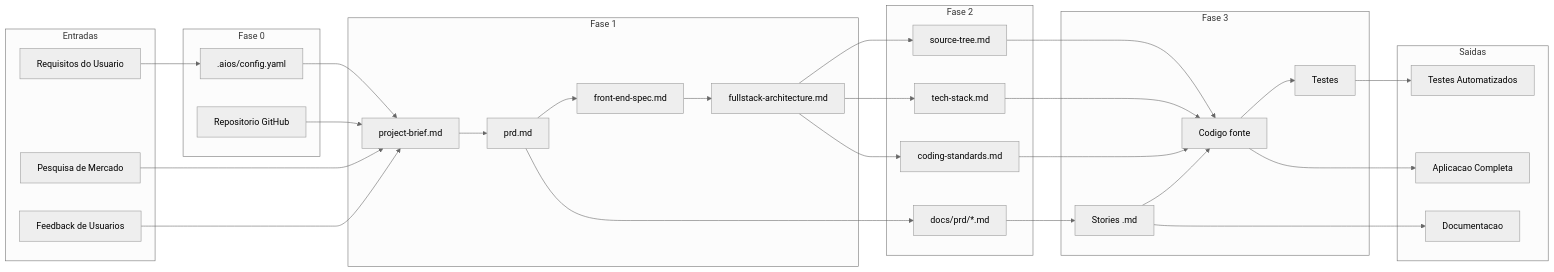
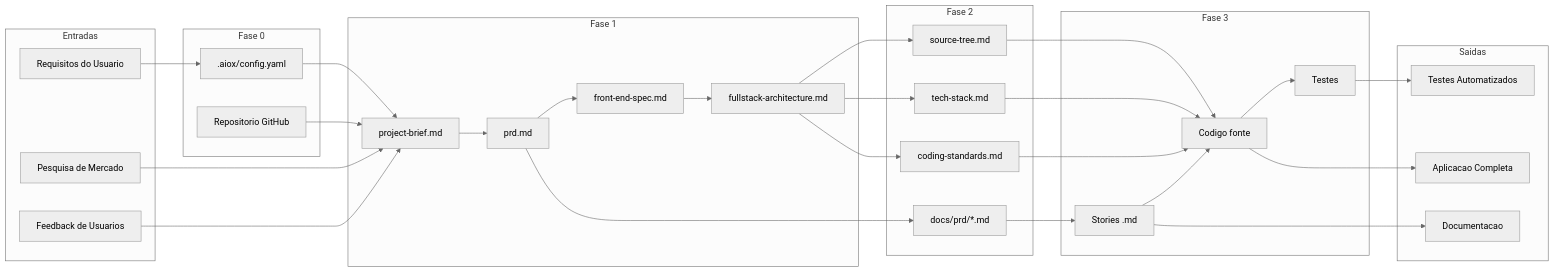
The eighth of 9 diagrams in docs/guides/workflows/GREENFIELD-FULLSTACK-WORKFLOW.md (brunajunckes/aiox-core), drawn with Mermaid (neutral theme) before and after one commit. The commit also changed other lines of this file and 3446 other files, not shown here.

First line of the commit message:
chore: rebrand aios → aiox across entire codebase (#552)

````diff
--- a/docs/guides/workflows/GREENFIELD-FULLSTACK-WORKFLOW.md
+++ b/docs/guides/workflows/GREENFIELD-FULLSTACK-WORKFLOW.md
@@ -570,65 +570,65 @@
 ```mermaid
 flowchart LR
     subgraph Entradas
         I1[Requisitos do Usuario]
         I2[Pesquisa de Mercado]
         I3[Feedback de Usuarios]
     end
 
     subgraph Fase0["Fase 0"]
-        E1[.aios/config.yaml]
+        E1[.aiox/config.yaml]
         E2[Repositorio GitHub]
     end
 
     subgraph Fase1["Fase 1"]
         P1[project-brief.md]
         P2[prd.md]
         P3[front-end-spec.md]
         P4[fullstack-architecture.md]
     end
 
     subgraph Fase2["Fase 2"]
         S1[docs/prd/*.md]
         S2[source-tree.md]
         S3[tech-stack.md]
         S4[coding-standards.md]
     end
 
     subgraph Fase3["Fase 3"]
         D1[Stories .md]
         D2[Codigo fonte]
         D3[Testes]
     end
 
     subgraph Saidas
         O1[Aplicacao Completa]
         O2[Documentacao]
         O3[Testes Automatizados]
     end
 
     I1 --> E1
     I2 --> P1
     I3 --> P1
 
     E1 --> P1
     E2 --> P1
     P1 --> P2
     P2 --> P3
     P3 --> P4
 
     P2 --> S1
     P4 --> S2
     P4 --> S3
     P4 --> S4
 
     S1 --> D1
     S2 --> D2
     S3 --> D2
     S4 --> D2
     D1 --> D2
     D2 --> D3
 
     D2 --> O1
     D1 --> O2
     D3 --> O3
 ```
````
